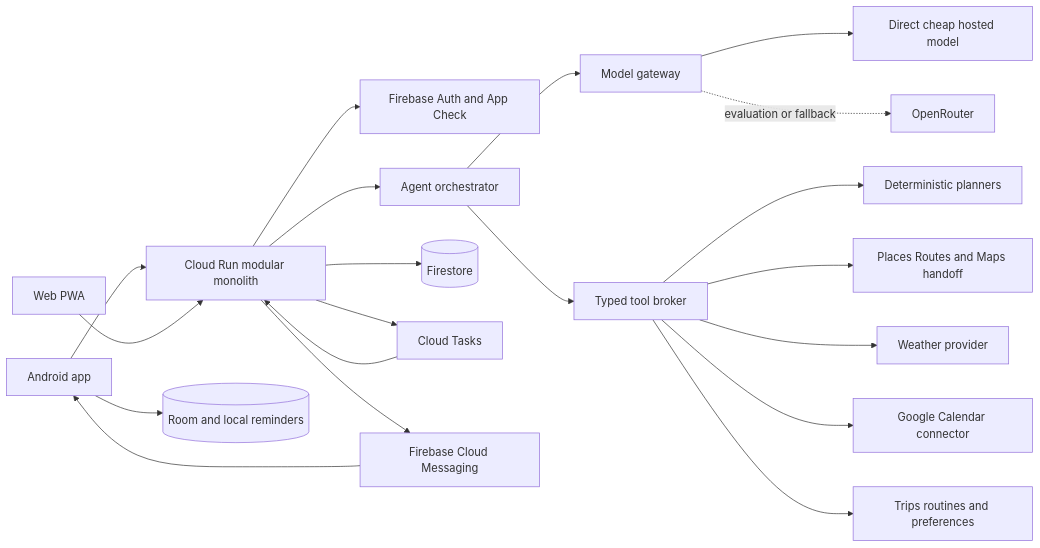
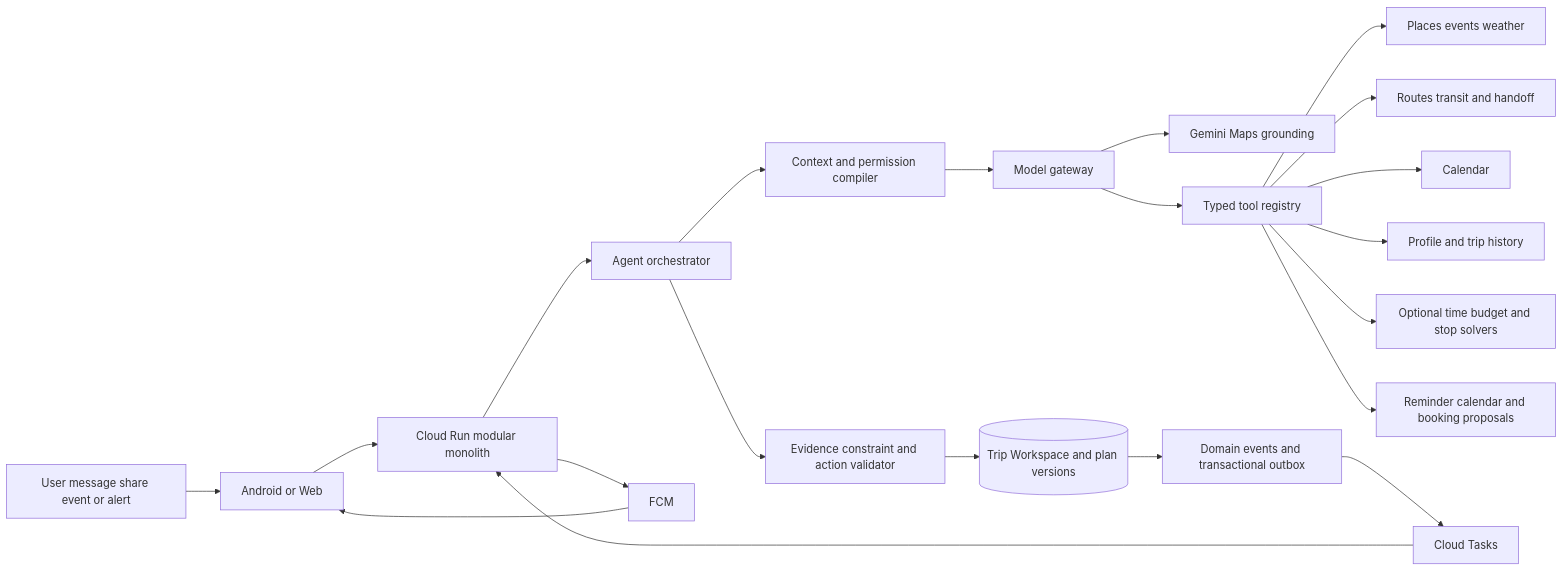
Before and after one commit to UM-NLP/whenshouldgo: the diagram in docs/trip-assistant-architecture.md, drawn with Mermaid. The commit also changed other lines of this file, not shown here.

Commit message:
Redesign product around agent-first Trip Workspace

````diff
--- a/docs/trip-assistant-architecture.md
+++ b/docs/trip-assistant-architecture.md
@@ -5,22 +5,23 @@
 ```mermaid
 flowchart LR
-  Android[Android app] --> API[Cloud Run modular monolith]
-  Web[Web PWA] --> API
-  API --> Auth[Firebase Auth and App Check]
-  API --> Agent[Agent orchestrator]
-  Agent --> Gateway[Model gateway]
-  Gateway --> Gemini[Direct cheap hosted model]
-  Gateway -. evaluation or fallback .-> OR[OpenRouter]
-  Agent --> Broker[Typed tool broker]
-  Broker --> Planner[Deterministic planners]
-  Broker --> Maps[Places Routes and Maps handoff]
-  Broker --> Weather[Weather provider]
-  Broker --> Calendar[Google Calendar connector]
-  Broker --> Memory[Trips routines and preferences]
-  API --> Firestore[(Firestore)]
-  API --> Tasks[Cloud Tasks]
+  User[User message share event or alert] --> Client[Android or Web]
+  Client --> API[Cloud Run modular monolith]
+  API --> Orchestrator[Agent orchestrator]
+  Orchestrator --> Context[Context and permission compiler]
+  Context --> Model[Model gateway]
+  Model --> MapsGrounding[Gemini Maps grounding]
+  Model --> Tools[Typed tool registry]
+  Tools --> Discovery[Places events weather]
+  Tools --> Travel[Routes transit and handoff]
+  Tools --> Calendar[Calendar]
+  Tools --> Memory[Profile and trip history]
+  Tools --> Solvers[Optional time budget and stop solvers]
+  Tools --> Actions[Reminder calendar and booking proposals]
+  Orchestrator --> Validator[Evidence constraint and action validator]
+  Validator --> Workspace[(Trip Workspace and plan versions)]
+  Workspace --> Events[Domain events and transactional outbox]
+  Events --> Tasks[Cloud Tasks]
   Tasks --> API
-  API --> FCM[Firebase Cloud Messaging]
-  FCM --> Android
-  Android --> Room[(Room and local reminders)]
+  API --> FCM[FCM]
+  FCM --> Client
 ```
````
